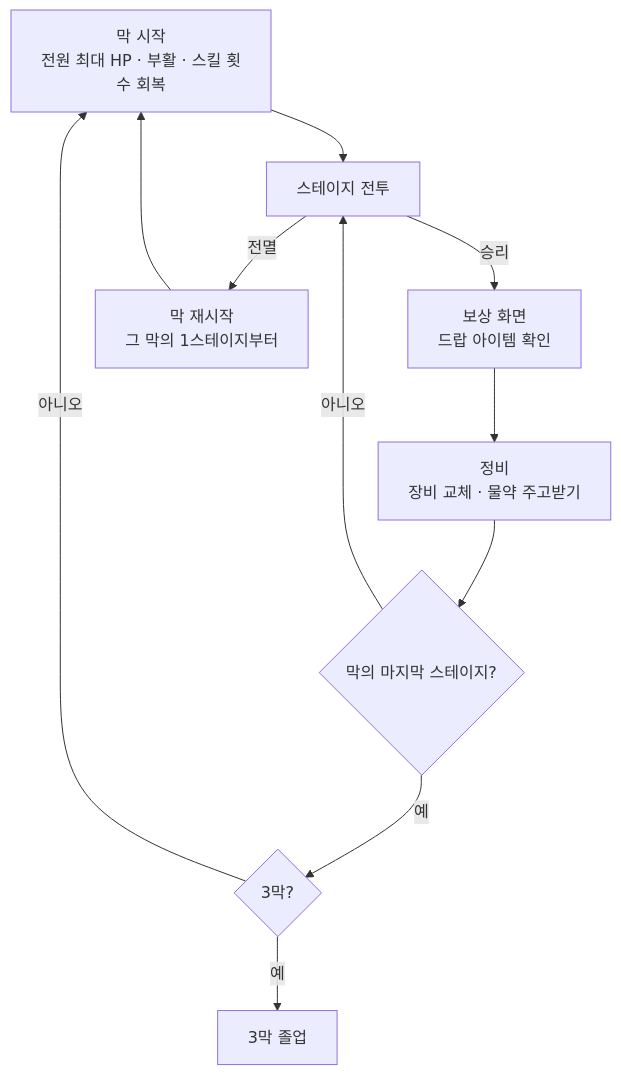
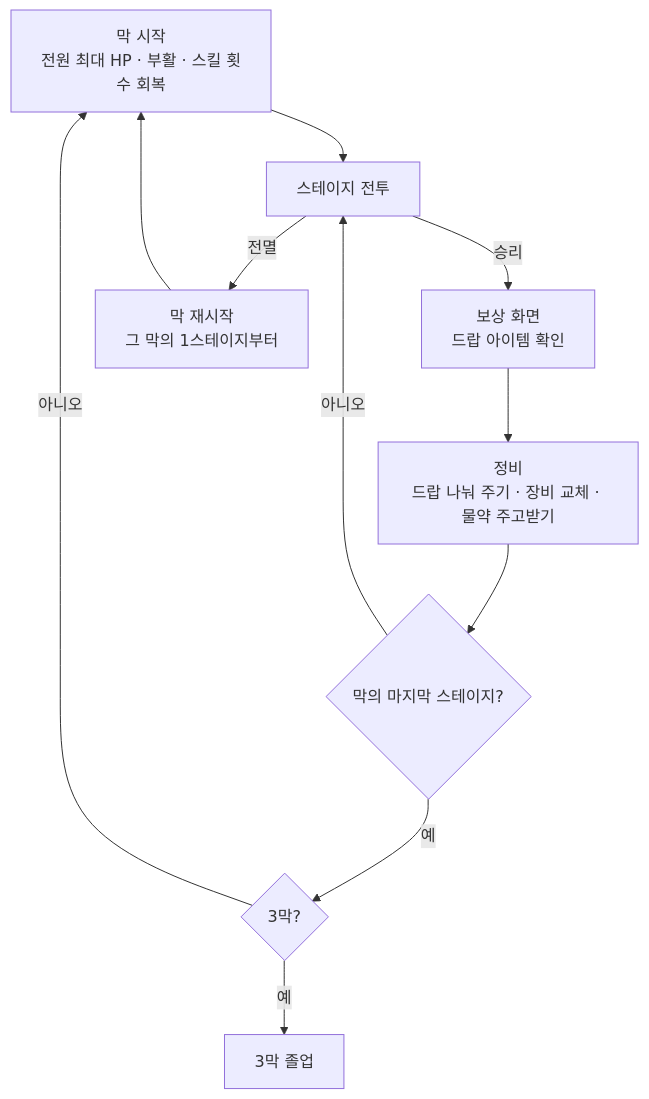
The diagram in docs/GAME_STRUCTURE.md (minjunkim-dev/BGLike), drawn with Mermaid before and after one commit. The commit also changed other lines of this file and 1 other file, not shown here.

````diff
--- a/docs/GAME_STRUCTURE.md
+++ b/docs/GAME_STRUCTURE.md
@@ -49,13 +49,13 @@
 ```mermaid
 flowchart TD
     A[막 시작<br/>전원 최대 HP · 부활 · 스킬 횟수 회복] --> B[스테이지 전투]
     B -- 승리 --> C[보상 화면<br/>드랍 아이템 확인]
-    C --> D[정비<br/>장비 교체 · 물약 주고받기]
+    C --> D[정비<br/>드랍 나눠 주기 · 장비 교체 · 물약 주고받기]
     D --> E{막의 마지막 스테이지?}
     E -- 아니오 --> B
     E -- 예 --> F{3막?}
     F -- 아니오 --> A
     F -- 예 --> G[3막 졸업]
     B -- 전멸 --> H[막 재시작<br/>그 막의 1스테이지부터]
     H --> A
 ```
````
